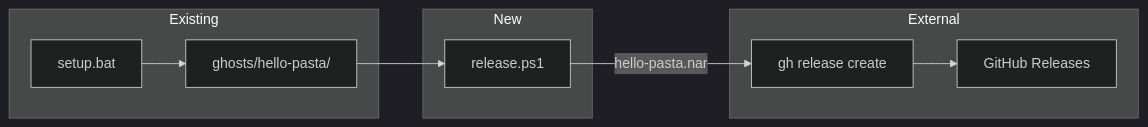
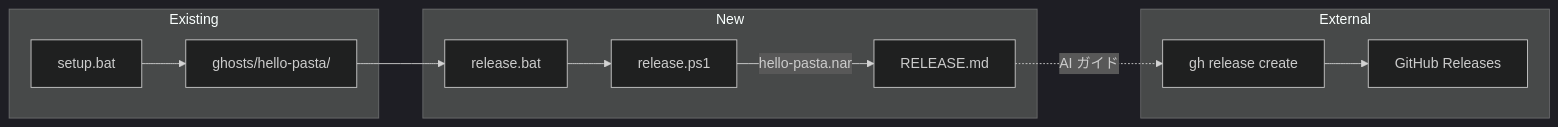
One commit to ekicyou/pasta changed the first of 2 diagrams in .kiro/specs/alpha06-release-packaging/design.md. Above: the diagram before and after it, drawn with Mermaid (dark theme). The commit also changed other lines of this file, not shown here.

Commit message:
docs(spec): alpha06 設計修正 - release.bat追加、.nar生成のみ、AI対話型リリース

````diff
--- a/.kiro/specs/alpha06-release-packaging/design.md
+++ b/.kiro/specs/alpha06-release-packaging/design.md
@@ -24,19 +24,23 @@
 ```mermaid
 graph LR
     subgraph Existing
         SetupBat[setup.bat]
         GhostDir[ghosts/hello-pasta/]
     end
     subgraph New
-        ReleaseScript[release.ps1]
+        ReleaseBat[release.bat]
+        ReleasePs1[release.ps1]
+        ReleaseDoc[RELEASE.md]
     end
     subgraph External
         GhRelease[gh release create]
         GitHubReleases[GitHub Releases]
     end
 
     SetupBat --> GhostDir
-    GhostDir --> ReleaseScript
-    ReleaseScript -->|hello-pasta.nar| GhRelease
+    GhostDir --> ReleaseBat
+    ReleaseBat --> ReleasePs1
+    ReleasePs1 -->|hello-pasta.nar| ReleaseDoc
+    ReleaseDoc -.AI ガイド.-> GhRelease
     GhRelease --> GitHubReleases
 ```
````
